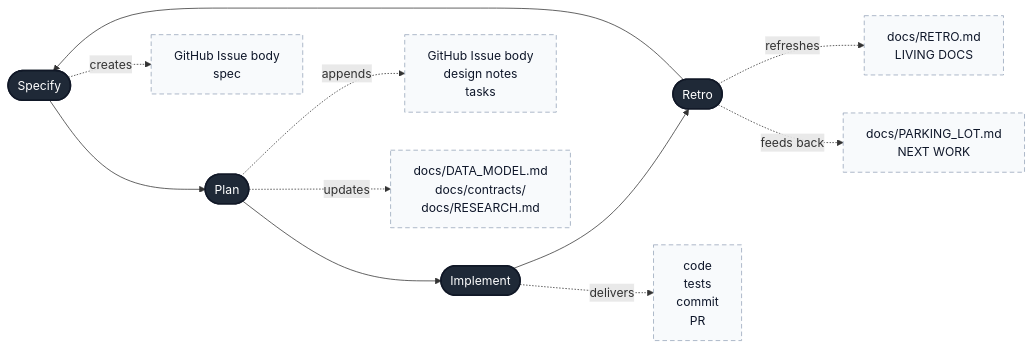
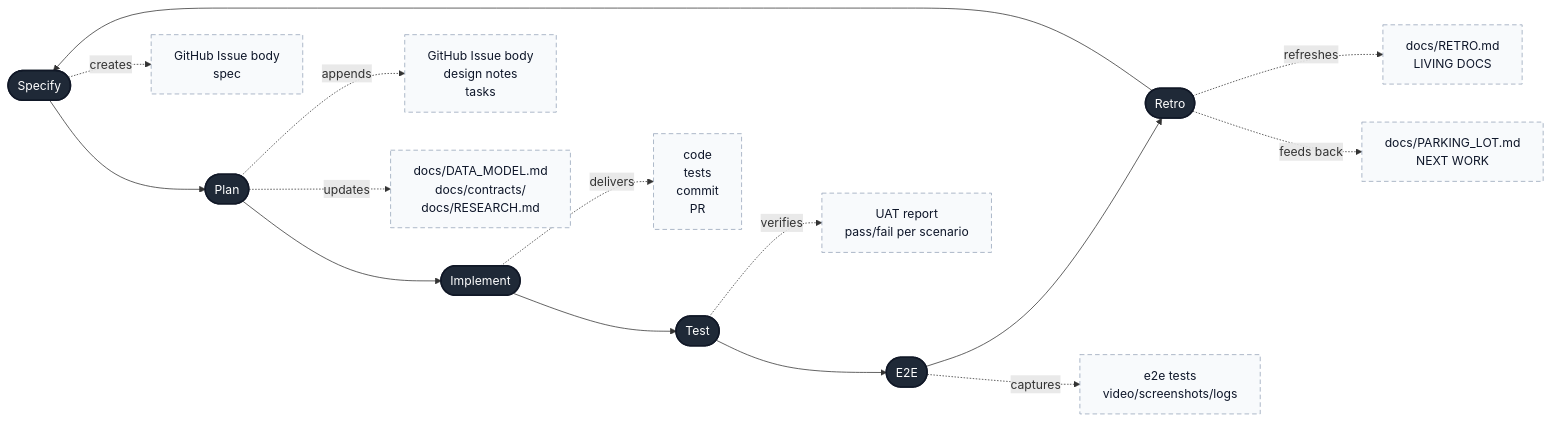
Before and after one commit to ranvirsingh/speckit: the diagram in README.md, drawn with Mermaid. The commit also changed other lines of this file and 13 other files, not shown here.

````diff
--- a/README.md
+++ b/README.md
@@ -75,20 +79,24 @@
 ```mermaid
 flowchart LR
   S([Specify]) --> P([Plan])
   P --> I([Implement])
-  I --> R([Retro])
+  I --> T([Test])
+  T --> D([E2E])
+  D --> R([Retro])
   R --> S
 
   S -. creates .-> S1[GitHub Issue body<br/>spec]
   P -. appends .-> P1[GitHub Issue body<br/>design notes<br/>tasks]
   P -. updates .-> P2[docs/DATA_MODEL.md<br/>docs/contracts/<br/>docs/RESEARCH.md]
   I -. delivers .-> I1[code<br/>tests<br/>commit<br/>PR]
+  T -. verifies .-> T1[UAT report<br/>pass/fail per scenario]
+  D -. captures .-> D1[e2e tests<br/>video/screenshots/logs]
   R -. refreshes .-> R1[docs/RETRO.md<br/>LIVING DOCS]
   R -. feeds back .-> R2[docs/PARKING_LOT.md<br/>NEXT WORK]
 
   classDef phase fill:#1f2937,color:#ffffff,stroke:#111827,stroke-width:2px;
   classDef artifact fill:#f8fafc,color:#0f172a,stroke:#94a3b8,stroke-width:1px,stroke-dasharray: 6 4;
 
-  class S,P,I,R phase;
-  class S1,P1,P2,I1,R1,R2 artifact;
+  class S,P,I,T,D,R phase;
+  class S1,P1,P2,I1,T1,D1,R1,R2 artifact;
 ```
````
